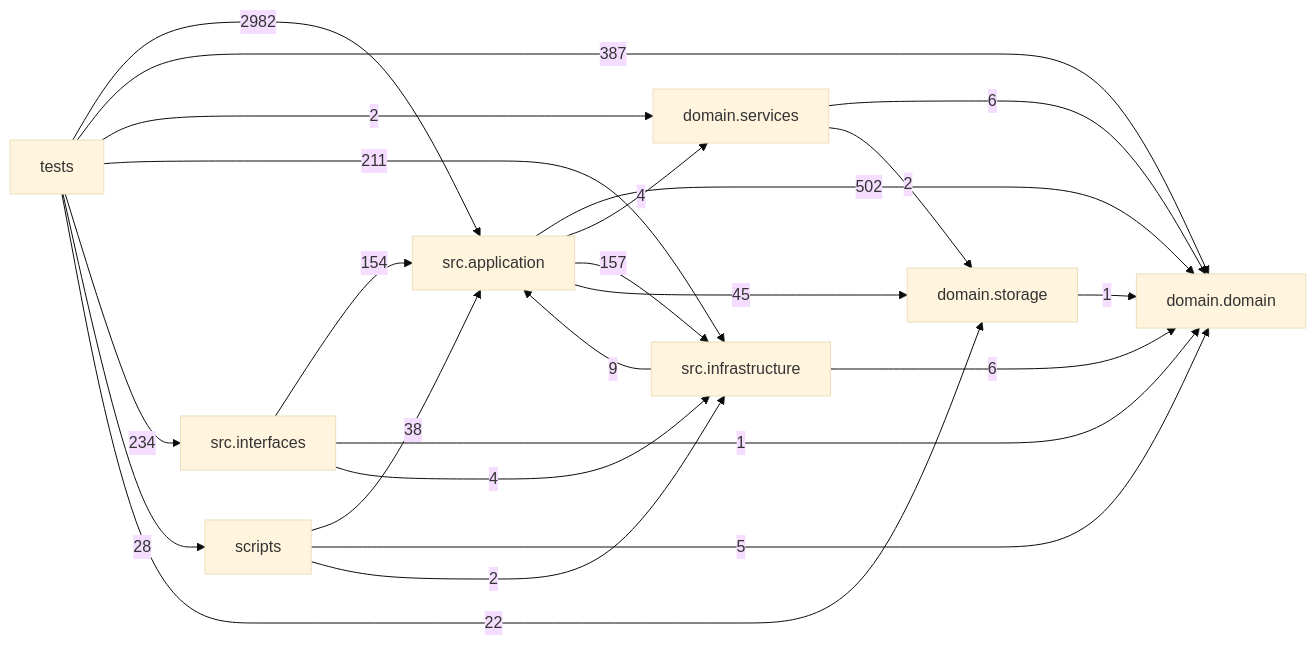
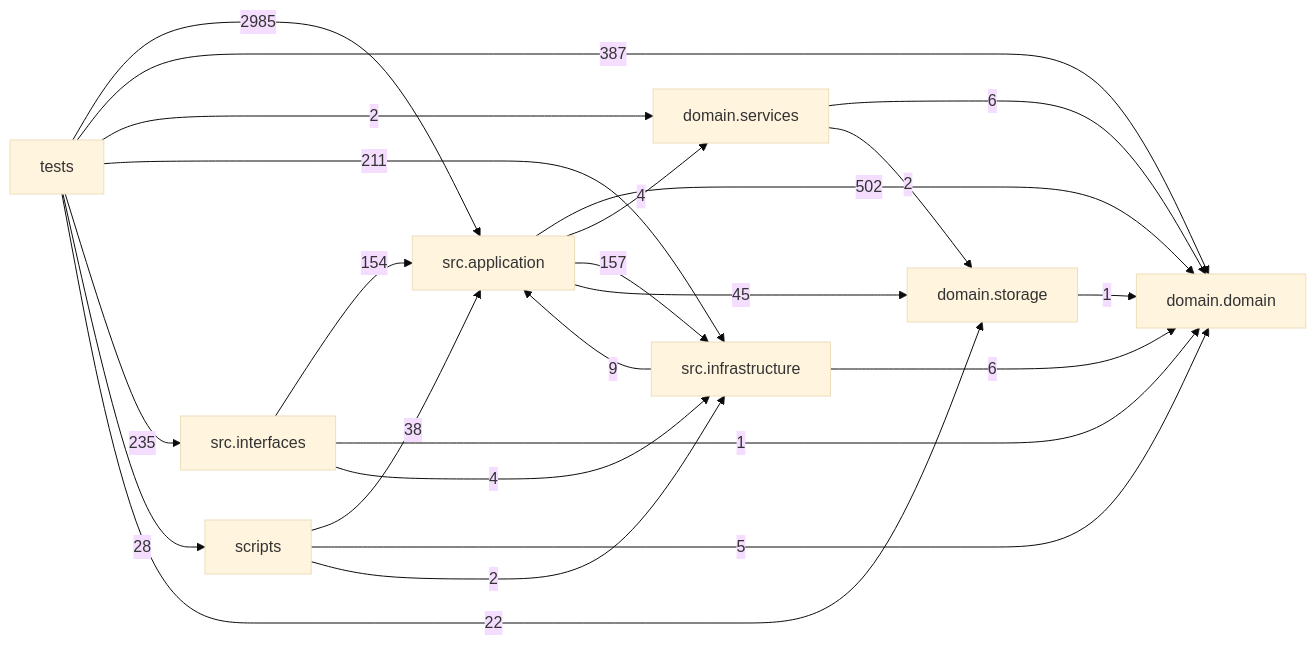
One commit to liuxie066/options-monitor changed the diagram in docs/DEPENDENCY_GRAPH.md. Above: the diagram before and after it, drawn with Mermaid (base theme). The commit also changed other lines of this file and 38 other files, not shown here.

Commit message:
feat(ledger): finalize lot identity schema

````diff
--- a/docs/DEPENDENCY_GRAPH.md
+++ b/docs/DEPENDENCY_GRAPH.md
@@ -24,33 +24,33 @@
 ```mermaid
 flowchart LR
   tests["tests"]
   scripts["scripts"]
   interfaces["src.interfaces"]
   application["src.application"]
   infrastructure["src.infrastructure"]
   domain_services["domain.services"]
   domain["domain.domain"]
   storage["domain.storage"]
   application -->|502| domain
   application -->|4| domain_services
   application -->|157| infrastructure
   application -->|45| storage
   domain_services -->|6| domain
   domain_services -->|2| storage
   infrastructure -->|9| application
   infrastructure -->|6| domain
   interfaces -->|154| application
   interfaces -->|1| domain
   interfaces -->|4| infrastructure
   scripts -->|38| application
   scripts -->|5| domain
   scripts -->|2| infrastructure
   storage -->|1| domain
-  tests -->|2982| application
+  tests -->|2985| application
   tests -->|387| domain
   tests -->|2| domain_services
   tests -->|211| infrastructure
-  tests -->|234| interfaces
+  tests -->|235| interfaces
   tests -->|28| scripts
   tests -->|22| storage
 ```
````
